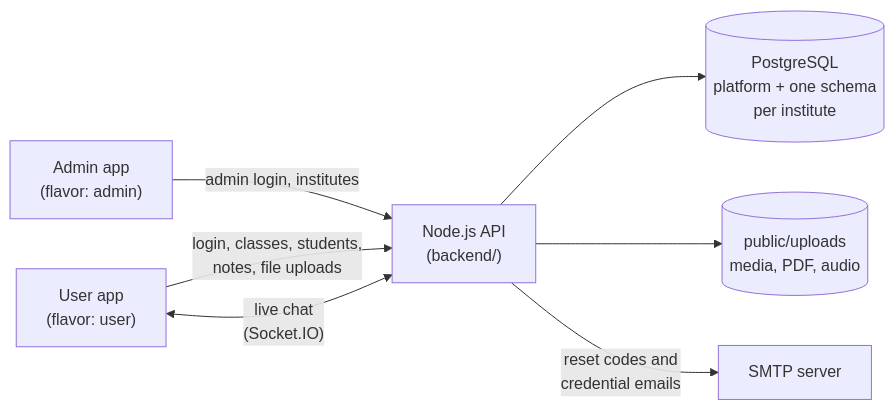
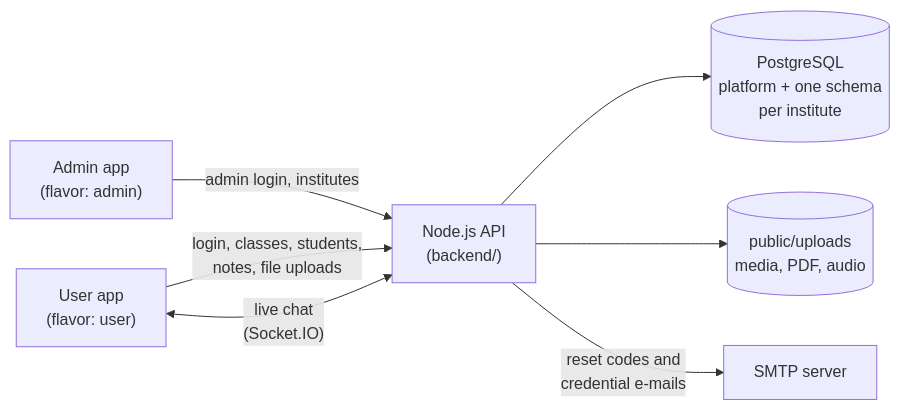
The diagram in README.md (rks369/e-vidyalaya), drawn with Mermaid before and after one commit. The commit also changed other lines of this file and 18 other files, not shown here.

````diff
--- a/README.md
+++ b/README.md
@@ -49,9 +58,9 @@
 ```mermaid
 flowchart LR
-    AdminAPK["Admin app<br/>(flavor: admin)"] -->|"admin login, institutes"| API["Node.js API<br/>(backend/)"]
-    UserAPK["User app<br/>(flavor: user)"] -->|"login, classes, students,<br/>notes, file uploads"| API
-    UserAPK <-->|"live chat<br/>(Socket.IO)"| API
+    AdminApp["Admin app<br/>(flavor: admin)"] -->|"admin login, institutes"| API["Node.js API<br/>(backend/)"]
+    UserApp["User app<br/>(flavor: user)"] -->|"login, classes, students,<br/>notes, file uploads"| API
+    UserApp <-->|"live chat<br/>(Socket.IO)"| API
     API --> PG[("PostgreSQL<br/>platform + one schema<br/>per institute")]
     API --> Files[("public/uploads<br/>media, PDF, audio")]
-    API -->|"reset codes and<br/>credential emails"| Mail[SMTP server]
+    API -->|"reset codes and<br/>credential e-mails"| Mail[SMTP server]
 ```
````
